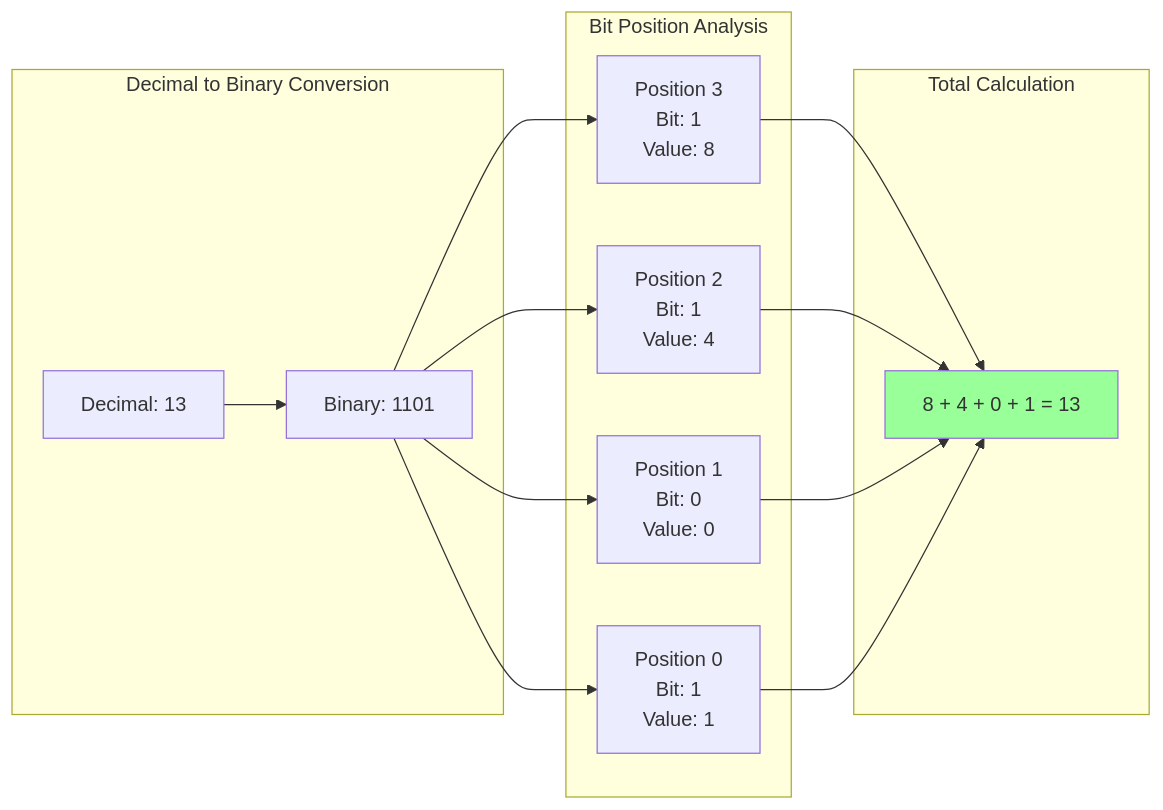
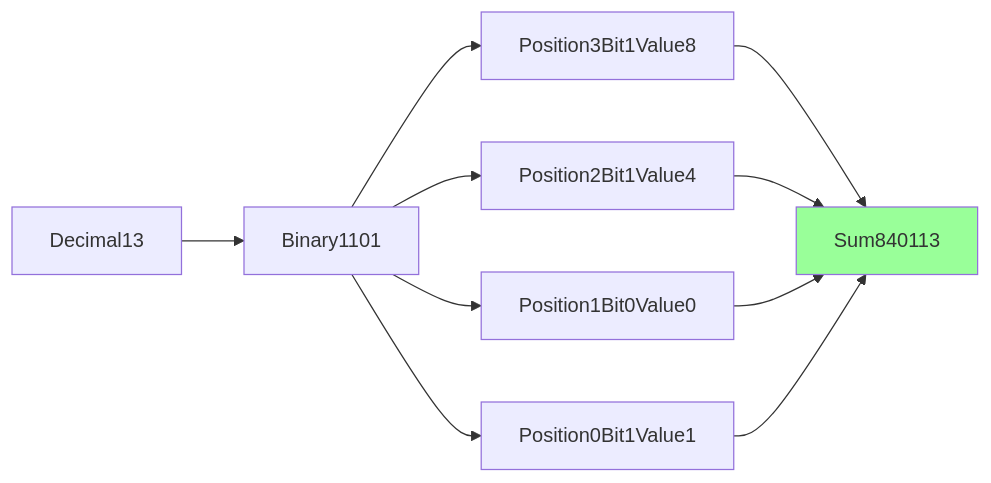
Before and after one commit to proxyroot/proxyroot.github.io: the first of 4 diagrams in _posts/2023-09-18-bit-manipulation.markdown, drawn with Mermaid. The commit also changed 1 other file, not shown here.

Commit message:
comments

````diff
--- a/_posts/2023-09-18-bit-manipulation.markdown
+++ b/_posts/2023-09-18-bit-manipulation.markdown
@@ -21,30 +21,14 @@
 ```mermaid
 graph LR
-    subgraph "Decimal to Binary Conversion"
-        D[Decimal: 13]
-        B[Binary: 1101]
-    end
-    
-    subgraph "Bit Position Analysis"
-        P3[Position 3<br/>Bit: 1<br/>Value: 8]
-        P2[Position 2<br/>Bit: 1<br/>Value: 4]
-        P1[Position 1<br/>Bit: 0<br/>Value: 0]
-        P0[Position 0<br/>Bit: 1<br/>Value: 1]
-    end
-    
-    subgraph "Total Calculation"
-        Sum[8 + 4 + 0 + 1 = 13]
-    end
-    
-    D --> B
-    B --> P3
-    B --> P2
-    B --> P1
-    B --> P0
-    P3 --> Sum
+    D[Decimal13] --> B[Binary1101]
+    B --> P3[Position3Bit1Value8]
+    B --> P2[Position2Bit1Value4]
+    B --> P1[Position1Bit0Value0]
+    B --> P0[Position0Bit1Value1]
+    P3 --> Sum[Sum840113]
     P2 --> Sum
     P1 --> Sum
     P0 --> Sum
     
     style Sum fill:#99ff99
 ```
````
